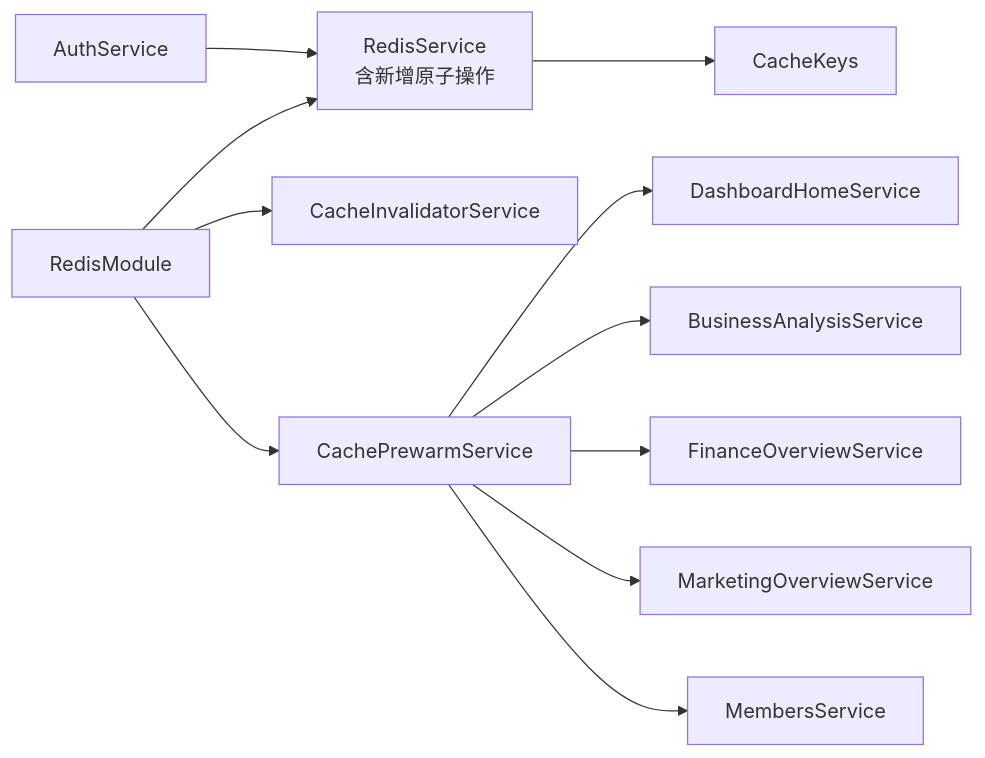
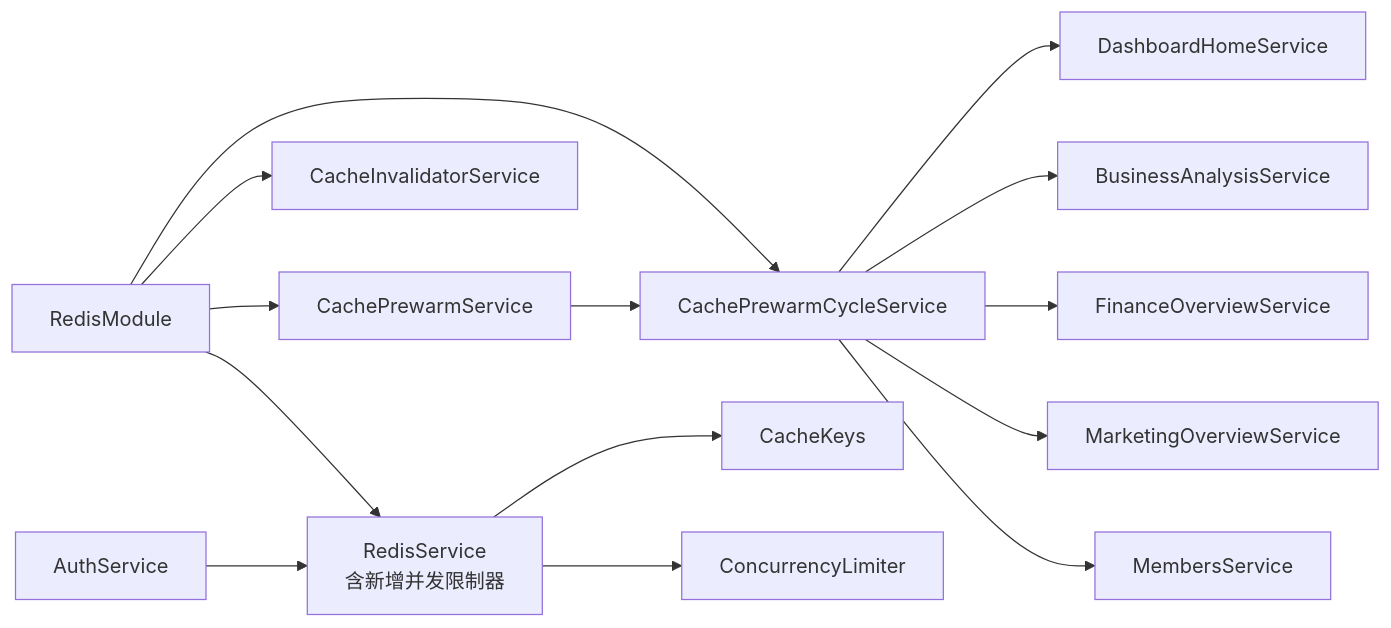
The tenth of 10 diagrams in .qoder/repowiki/zh/content/缓存系统/缓存系统.md (rc558620/purelyprofit-server), drawn with Mermaid before and after one commit. The commit also changed other lines of this file and 16 other files, not shown here.

````diff
--- a/.qoder/repowiki/zh/content/缓存系统/缓存系统.md
+++ b/.qoder/repowiki/zh/content/缓存系统/缓存系统.md
@@ -540,13 +639,16 @@
 ```mermaid
 graph LR
-RM["RedisModule"] --> RS["RedisService<br/>含新增原子操作"]
+RM["RedisModule"] --> RS["RedisService<br/>含新增并发限制器"]
 RM --> CIS["CacheInvalidatorService"]
 RM --> CPS["CachePrewarmService"]
-CPS --> DHBiz["DashboardHomeService"]
-CPS --> BABiz["BusinessAnalysisService"]
-CPS --> FOBiz["FinanceOverviewService"]
-CPS --> MOBiz["MarketingOverviewService"]
-CPS --> MembBiz["MembersService"]
+RM --> CYCLE["CachePrewarmCycleService"]
+CPS --> CYCLE
+CYCLE --> DHBiz["DashboardHomeService"]
+CYCLE --> BABiz["BusinessAnalysisService"]
+CYCLE --> FOBiz["FinanceOverviewService"]
+CYCLE --> MOBiz["MarketingOverviewService"]
+CYCLE --> MembBiz["MembersService"]
 RS --> CK["CacheKeys"]
+RS --> CL["ConcurrencyLimiter"]
 AUTH["AuthService"] --> RS
 ```
````
